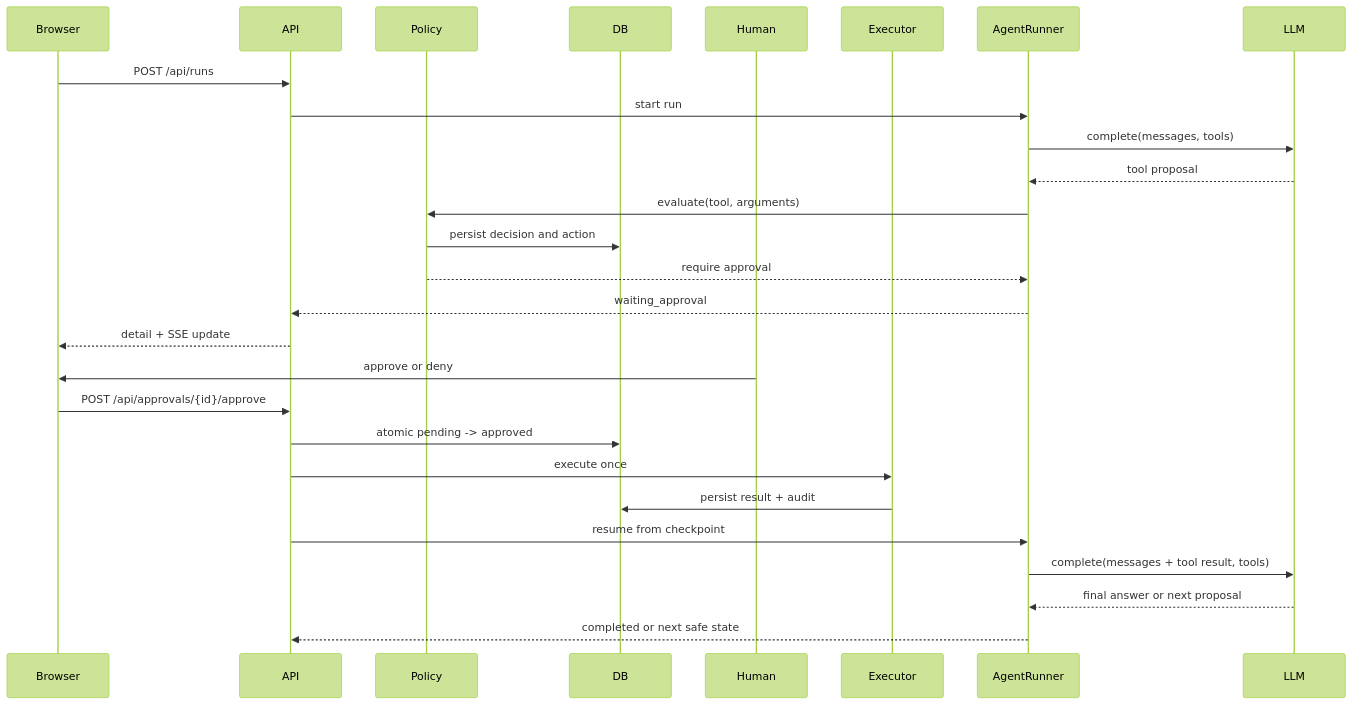
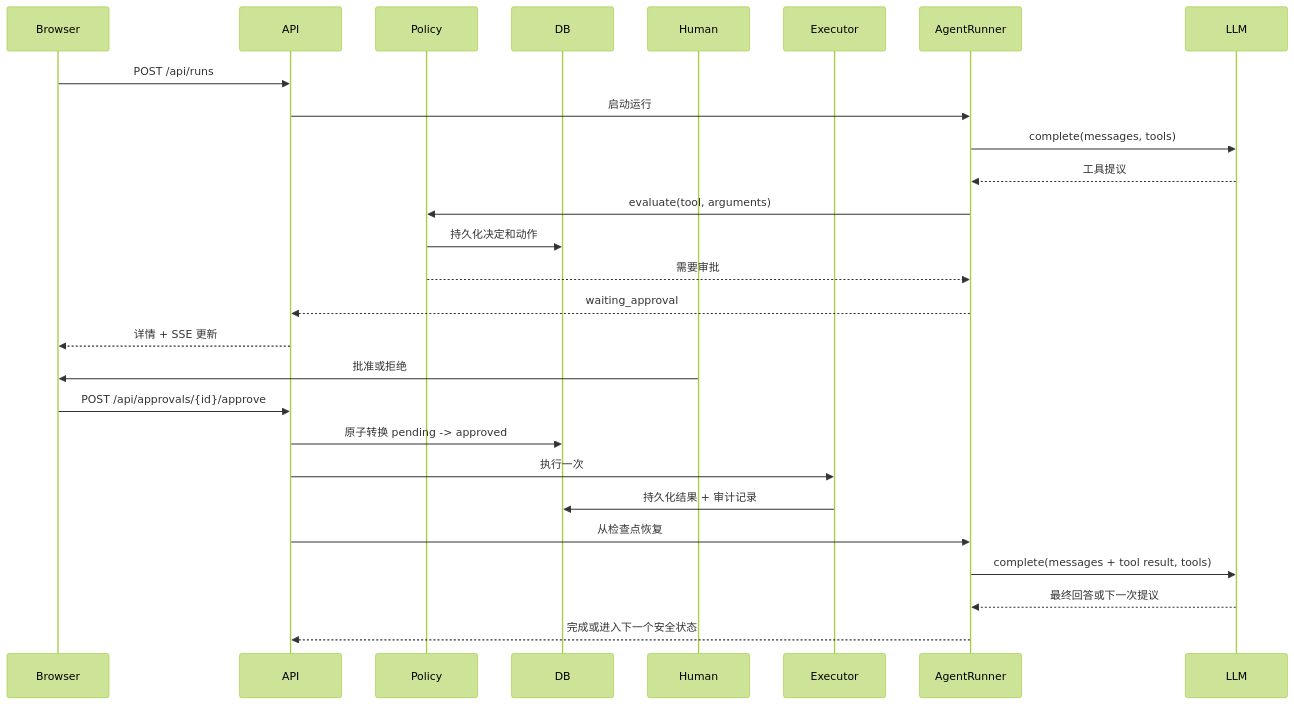
One commit to Caser-86/agentgate-control-plane changed the fourth of 4 diagrams in docs/architecture.md. Above: the diagram before and after it, drawn with Mermaid (forest theme). The commit also changed other lines of this file and 41 other files, not shown here.

````diff
--- a/docs/architecture.md
+++ b/docs/architecture.md
@@ -70,30 +70,30 @@
 ```mermaid
 sequenceDiagram
     participant Browser
     participant API
     participant Policy
     participant DB
     participant Human
     participant Executor
     participant AgentRunner
     participant LLM
 
     Browser->>API: POST /api/runs
-    API->>AgentRunner: start run
+    API->>AgentRunner: 启动运行
     AgentRunner->>LLM: complete(messages, tools)
-    LLM-->>AgentRunner: tool proposal
+    LLM-->>AgentRunner: 工具提议
     AgentRunner->>Policy: evaluate(tool, arguments)
-    Policy->>DB: persist decision and action
-    Policy-->>AgentRunner: require approval
+    Policy->>DB: 持久化决定和动作
+    Policy-->>AgentRunner: 需要审批
     AgentRunner-->>API: waiting_approval
-    API-->>Browser: detail + SSE update
-    Human->>Browser: approve or deny
+    API-->>Browser: 详情 + SSE 更新
+    Human->>Browser: 批准或拒绝
     Browser->>API: POST /api/approvals/{id}/approve
-    API->>DB: atomic pending -> approved
-    API->>Executor: execute once
-    Executor->>DB: persist result + audit
-    API->>AgentRunner: resume from checkpoint
+    API->>DB: 原子转换 pending -> approved
+    API->>Executor: 执行一次
+    Executor->>DB: 持久化结果 + 审计记录
+    API->>AgentRunner: 从检查点恢复
     AgentRunner->>LLM: complete(messages + tool result, tools)
-    LLM-->>AgentRunner: final answer or next proposal
-    AgentRunner-->>API: completed or next safe state
+    LLM-->>AgentRunner: 最终回答或下一次提议
+    AgentRunner-->>API: 完成或进入下一个安全状态
 ```
````
